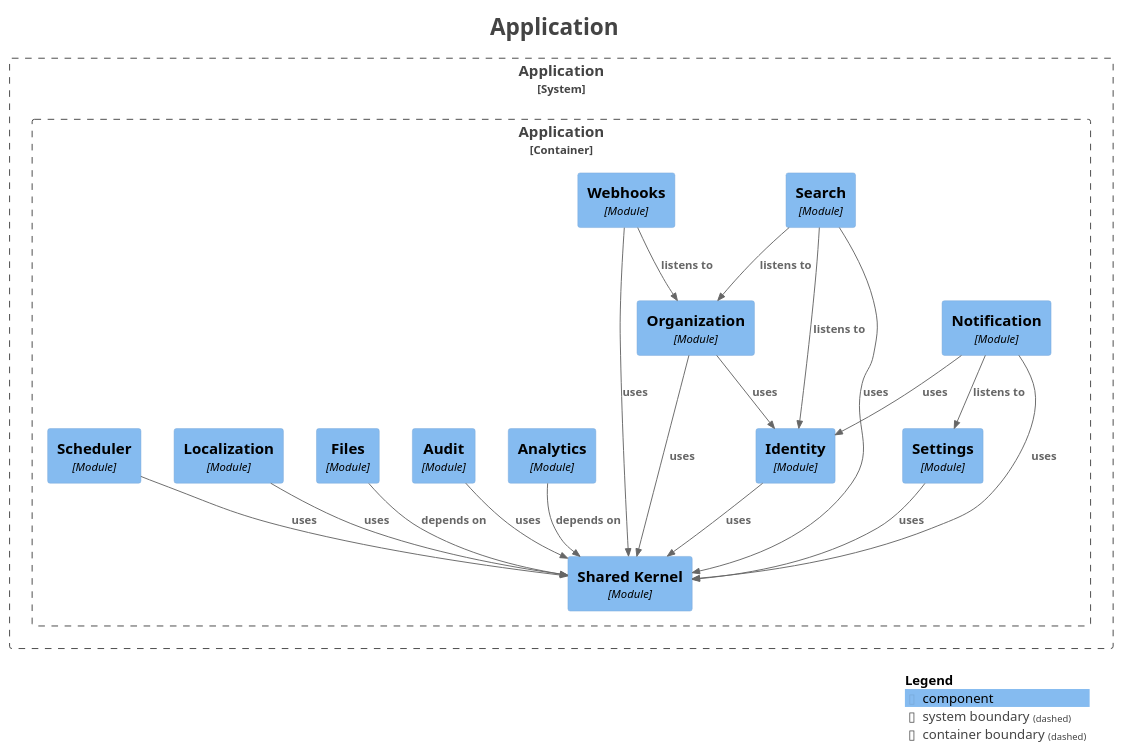
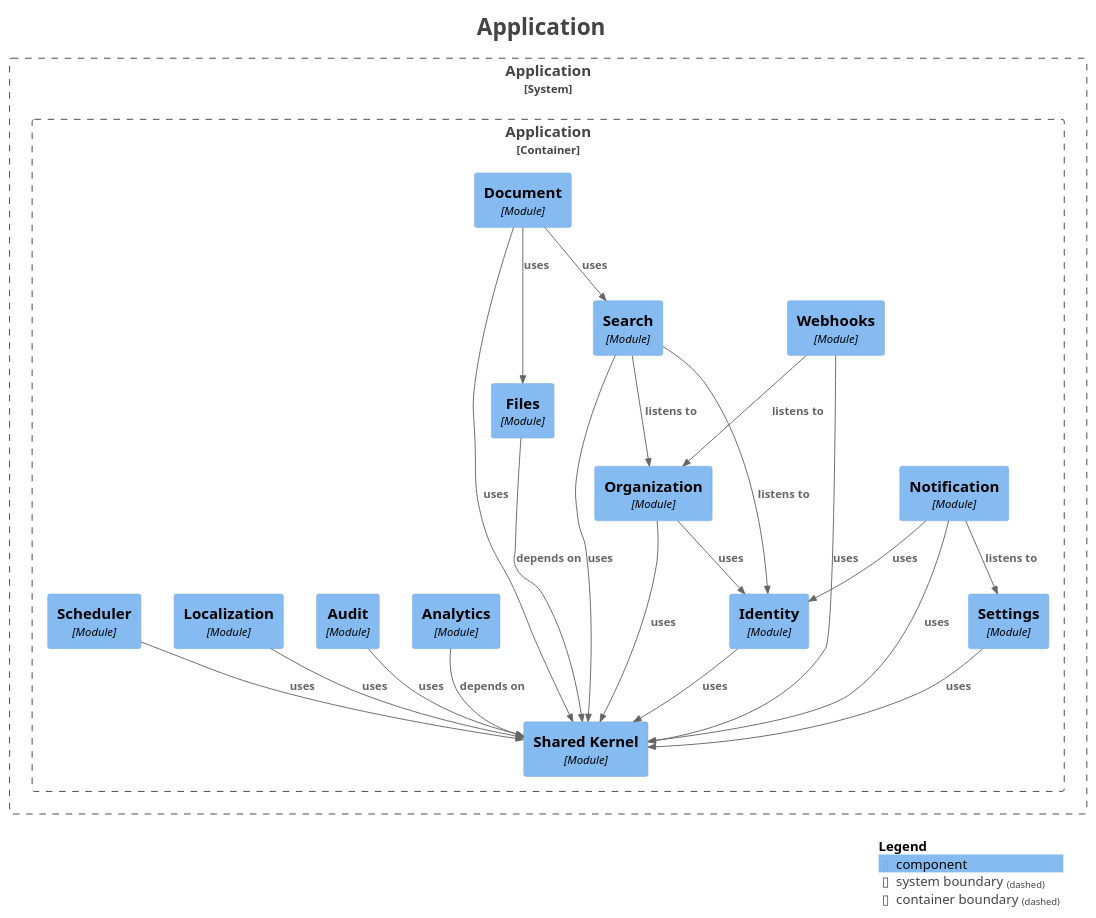
One commit to Paul-Ayesiga/enterprise-modulith-template changed the diagram in docs/modulith/components.puml. Above: the diagram before and after it, drawn with PlantUML. The commit also changed 38 other files, not shown here.

```diff
--- a/docs/modulith/components.puml
+++ b/docs/modulith/components.puml
@@ -1,56 +1,60 @@
 @startuml
 title <size:24>Application</size>
 
 set separator none
 top to bottom direction
 
 <style>
   root {
     BackgroundColor: #ffffff
     FontColor: #444444
   }
 </style>
 
 !include <C4/C4>
 !include <C4/C4_Context>
 !include <C4/C4_Component>
 
 System_Boundary("Application_boundary", "Application", $tags="") {
   Container_Boundary("Application.Application_boundary", "Application", $tags="") {
     Component(Application.Application.Settings, "Settings", $techn="Module", $descr="", $tags="", $link="")
     Component(Application.Application.Notification, "Notification", $techn="Module", $descr="", $tags="", $link="")
     Component(Application.Application.Organization, "Organization", $techn="Module", $descr="", $tags="", $link="")
     Component(Application.Application.Search, "Search", $techn="Module", $descr="", $tags="", $link="")
     Component(Application.Application.Webhooks, "Webhooks", $techn="Module", $descr="", $tags="", $link="")
+    Component(Application.Application.Document, "Document", $techn="Module", $descr="", $tags="", $link="")
     Component(Application.Application.SharedKernel, "Shared Kernel", $techn="Module", $descr="", $tags="", $link="")
     Component(Application.Application.Analytics, "Analytics", $techn="Module", $descr="", $tags="", $link="")
     Component(Application.Application.Audit, "Audit", $techn="Module", $descr="", $tags="", $link="")
     Component(Application.Application.Files, "Files", $techn="Module", $descr="", $tags="", $link="")
     Component(Application.Application.Identity, "Identity", $techn="Module", $descr="", $tags="", $link="")
     Component(Application.Application.Localization, "Localization", $techn="Module", $descr="", $tags="", $link="")
     Component(Application.Application.Scheduler, "Scheduler", $techn="Module", $descr="", $tags="", $link="")
   }
 
 }
 
+Rel(Application.Application.Identity, Application.Application.SharedKernel, "uses", $techn="", $tags="", $link="")
+Rel(Application.Application.Scheduler, Application.Application.SharedKernel, "uses", $techn="", $tags="", $link="")
+Rel(Application.Application.Analytics, Application.Application.SharedKernel, "depends on", $techn="", $tags="", $link="")
+Rel(Application.Application.Audit, Application.Application.SharedKernel, "uses", $techn="", $tags="", $link="")
 Rel(Application.Application.Localization, Application.Application.SharedKernel, "uses", $techn="", $tags="", $link="")
-Rel(Application.Application.Organization, Application.Application.Identity, "uses", $techn="", $tags="", $link="")
-Rel(Application.Application.Organization, Application.Application.SharedKernel, "uses", $techn="", $tags="", $link="")
-Rel(Application.Application.Scheduler, Application.Application.SharedKernel, "uses", $techn="", $tags="", $link="")
-Rel(Application.Application.Audit, Application.Application.SharedKernel, "uses", $techn="", $tags="", $link="")
 Rel(Application.Application.Search, Application.Application.Identity, "listens to", $techn="", $tags="", $link="")
 Rel(Application.Application.Search, Application.Application.Organization, "listens to", $techn="", $tags="", $link="")
 Rel(Application.Application.Search, Application.Application.SharedKernel, "uses", $techn="", $tags="", $link="")
-Rel(Application.Application.Identity, Application.Application.SharedKernel, "uses", $techn="", $tags="", $link="")
+Rel(Application.Application.Webhooks, Application.Application.Organization, "listens to", $techn="", $tags="", $link="")
+Rel(Application.Application.Webhooks, Application.Application.SharedKernel, "uses", $techn="", $tags="", $link="")
+Rel(Application.Application.Files, Application.Application.SharedKernel, "depends on", $techn="", $tags="", $link="")
+Rel(Application.Application.Settings, Application.Application.SharedKernel, "uses", $techn="", $tags="", $link="")
 Rel(Application.Application.Notification, Application.Application.Settings, "listens to", $techn="", $tags="", $link="")
 Rel(Application.Application.Notification, Application.Application.SharedKernel, "uses", $techn="", $tags="", $link="")
 Rel(Application.Application.Notification, Application.Application.Identity, "uses", $techn="", $tags="", $link="")
-Rel(Application.Application.Webhooks, Application.Application.Organization, "listens to", $techn="", $tags="", $link="")
-Rel(Application.Application.Webhooks, Application.Application.SharedKernel, "uses", $techn="", $tags="", $link="")
-Rel(Application.Application.Analytics, Application.Application.SharedKernel, "depends on", $techn="", $tags="", $link="")
-Rel(Application.Application.Settings, Application.Application.SharedKernel, "uses", $techn="", $tags="", $link="")
-Rel(Application.Application.Files, Application.Application.SharedKernel, "depends on", $techn="", $tags="", $link="")
+Rel(Application.Application.Organization, Application.Application.Identity, "uses", $techn="", $tags="", $link="")
+Rel(Application.Application.Organization, Application.Application.SharedKernel, "uses", $techn="", $tags="", $link="")
+Rel(Application.Application.Document, Application.Application.Files, "uses", $techn="", $tags="", $link="")
+Rel(Application.Application.Document, Application.Application.Search, "uses", $techn="", $tags="", $link="")
+Rel(Application.Application.Document, Application.Application.SharedKernel, "uses", $techn="", $tags="", $link="")
 
 SHOW_LEGEND(true)
 hide stereotypes
 @enduml
```
